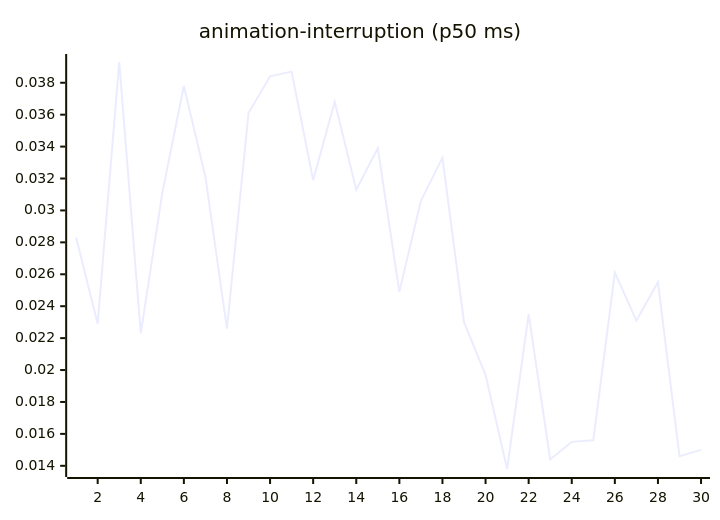
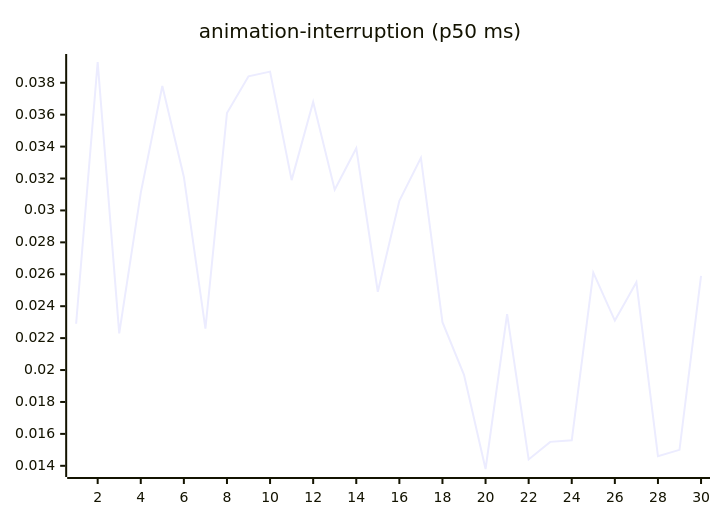
Before and after one commit to josha/Facet: the third of 27 diagrams in README.md, drawn with Mermaid. The commit also changed other lines of this file and 2 other files, not shown here.

````diff
--- a/README.md
+++ b/README.md
@@ -77,6 +77,6 @@
 ```mermaid
 xychart-beta
     title "animation-interruption (p50 ms)"
     x-axis 1 --> 30
-    line [0.0283, 0.0229, 0.0393, 0.0223, 0.0311, 0.0378, 0.0321, 0.0226, 0.0361, 0.0384, 0.0387, 0.0319, 0.0368, 0.0313, 0.0339, 0.0249, 0.0306, 0.0333, 0.0230, 0.0197, 0.0138, 0.0235, 0.0144, 0.0155, 0.0156, 0.0261, 0.0231, 0.0255, 0.0146, 0.0150]
+    line [0.0229, 0.0393, 0.0223, 0.0311, 0.0378, 0.0321, 0.0226, 0.0361, 0.0384, 0.0387, 0.0319, 0.0368, 0.0313, 0.0339, 0.0249, 0.0306, 0.0333, 0.0230, 0.0197, 0.0138, 0.0235, 0.0144, 0.0155, 0.0156, 0.0261, 0.0231, 0.0255, 0.0146, 0.0150, 0.0259]
 ```
````
